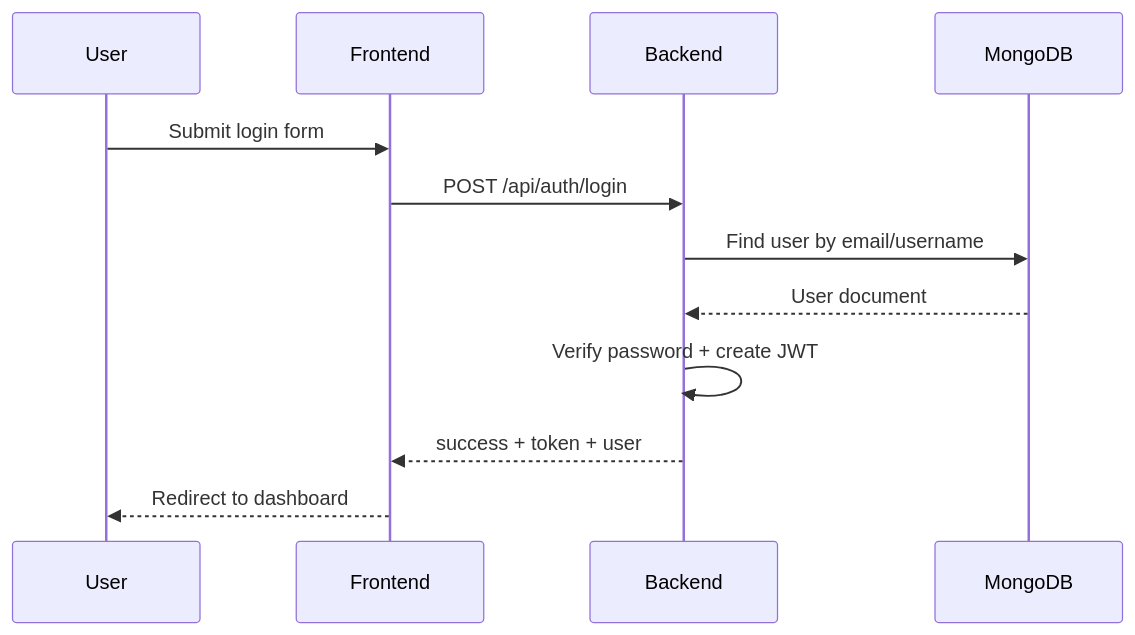
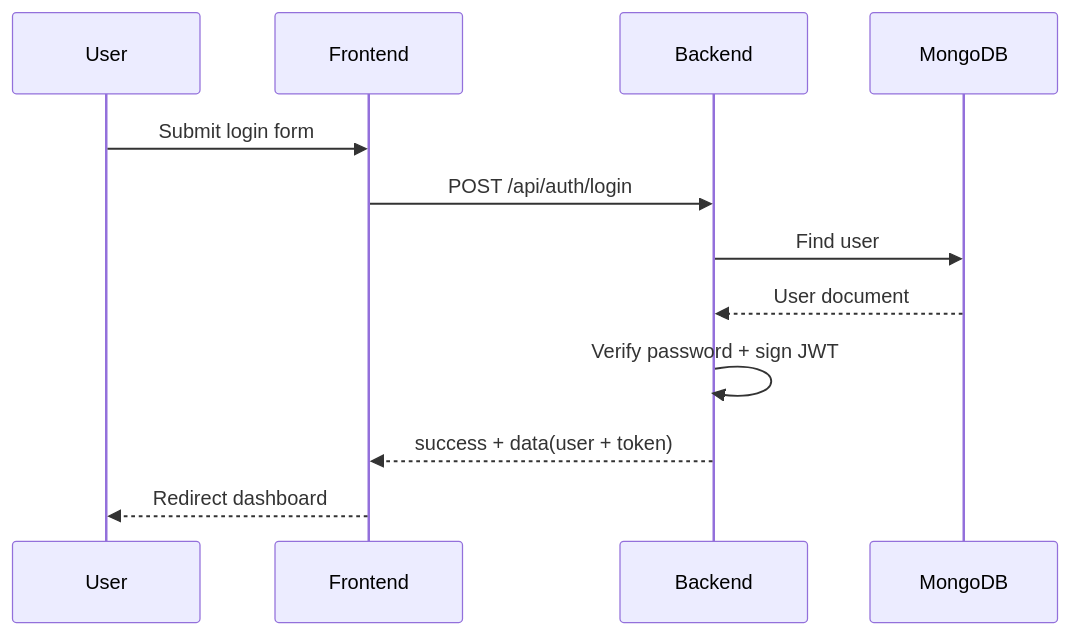
One commit to Khoidep-zai/Web_QuanlyCongviec changed the second of 3 diagrams in README.md. Above: the diagram before and after it, drawn with Mermaid. The commit also changed other lines of this file and 1 other file, not shown here.

````diff
--- a/README.md
+++ b/README.md
@@ -344,15 +191,15 @@
 ```mermaid
 sequenceDiagram
-    participant U as User
-    participant FE as Frontend
-    participant BE as Backend
-    participant DB as MongoDB
+  participant U as User
+  participant FE as Frontend
+  participant BE as Backend
+  participant DB as MongoDB
 
-    U->>FE: Submit login form
-    FE->>BE: POST /api/auth/login
-    BE->>DB: Find user by email/username
-    DB-->>BE: User document
-    BE->>BE: Verify password + create JWT
-    BE-->>FE: success + token + user
-    FE-->>U: Redirect to dashboard
+  U->>FE: Submit login form
+  FE->>BE: POST /api/auth/login
+  BE->>DB: Find user
+  DB-->>BE: User document
+  BE->>BE: Verify password + sign JWT
+  BE-->>FE: success + data(user + token)
+  FE-->>U: Redirect dashboard
 ```
````
